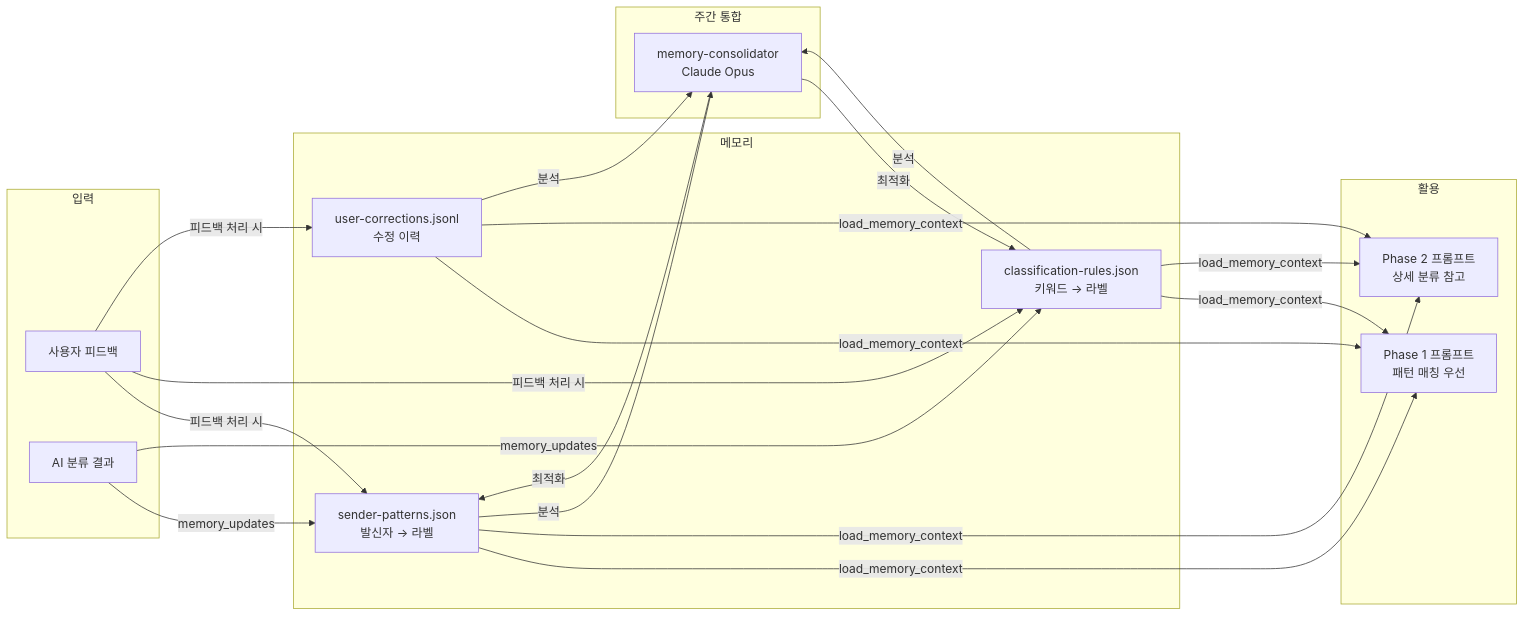
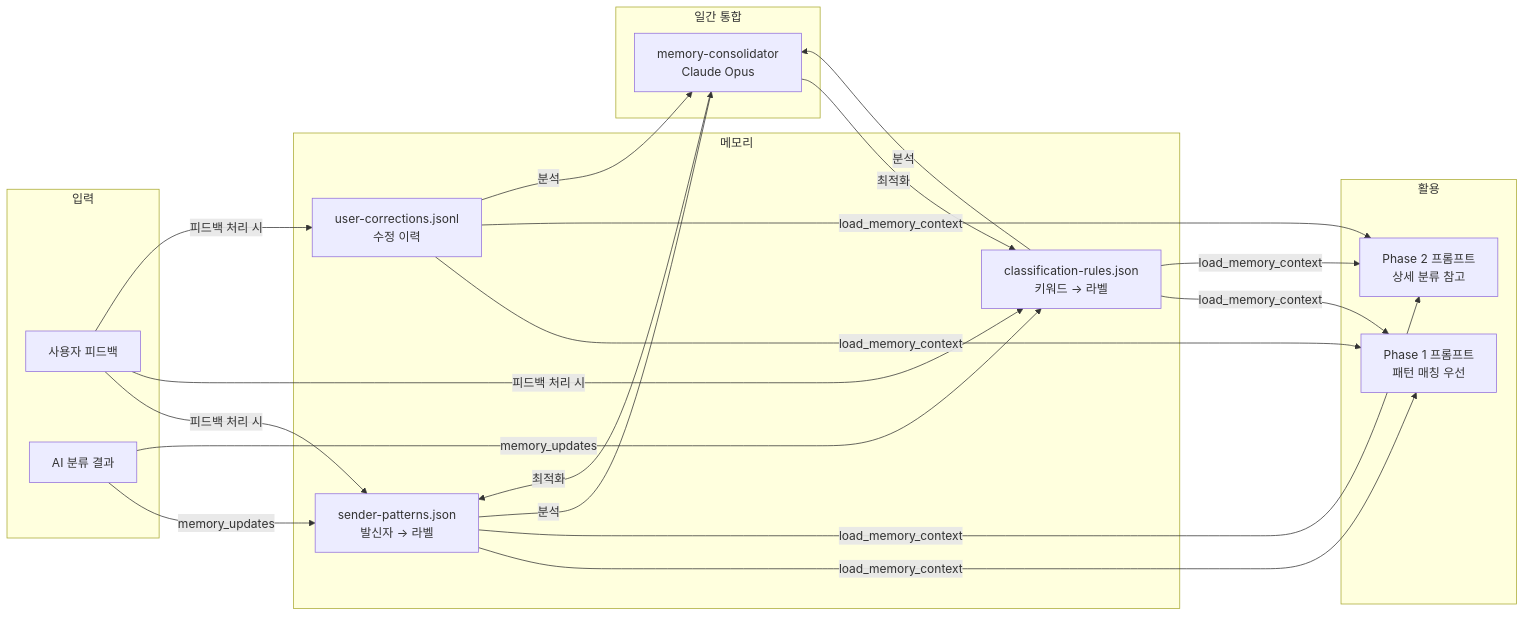
Before and after one commit to realcoding2003/gmail-calendar-organizer: the fourth of 4 diagrams in docs/architecture.md, drawn with Mermaid. The commit also changed other lines of this file and 2 other files, not shown here.

````diff
--- a/docs/architecture.md
+++ b/docs/architecture.md
@@ -139,29 +139,29 @@
 ```mermaid
 graph LR
     subgraph "입력"
         A[사용자 피드백]
         B[AI 분류 결과]
     end
 
     subgraph "메모리"
         SP[sender-patterns.json<br/>발신자 → 라벨]
         CR[classification-rules.json<br/>키워드 → 라벨]
         UC[user-corrections.jsonl<br/>수정 이력]
     end
 
     subgraph "활용"
         P1[Phase 1 프롬프트<br/>패턴 매칭 우선]
         P2[Phase 2 프롬프트<br/>상세 분류 참고]
     end
 
     A -->|피드백 처리 시| SP & CR & UC
     B -->|memory_updates| SP & CR
     SP & CR & UC -->|load_memory_context| P1 & P2
 
-    subgraph "주간 통합"
+    subgraph "일간 통합"
         MC[memory-consolidator<br/>Claude Opus]
     end
 
     SP & CR & UC -->|분석| MC
     MC -->|최적화| SP & CR
 ```
````
